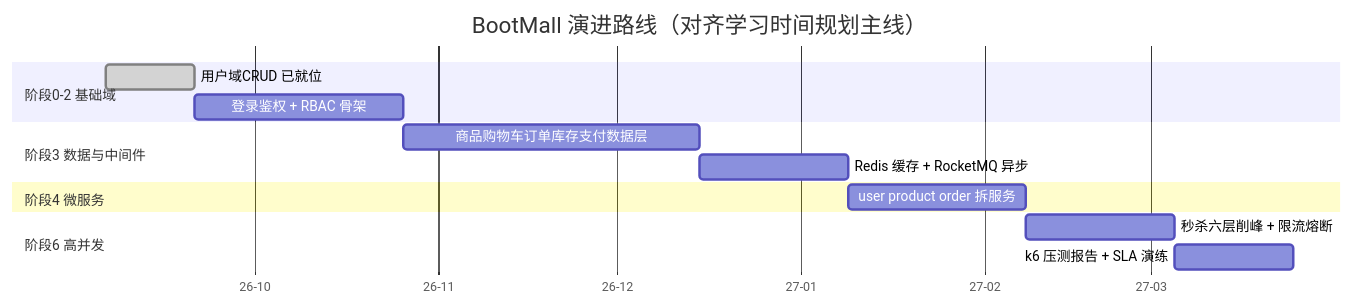
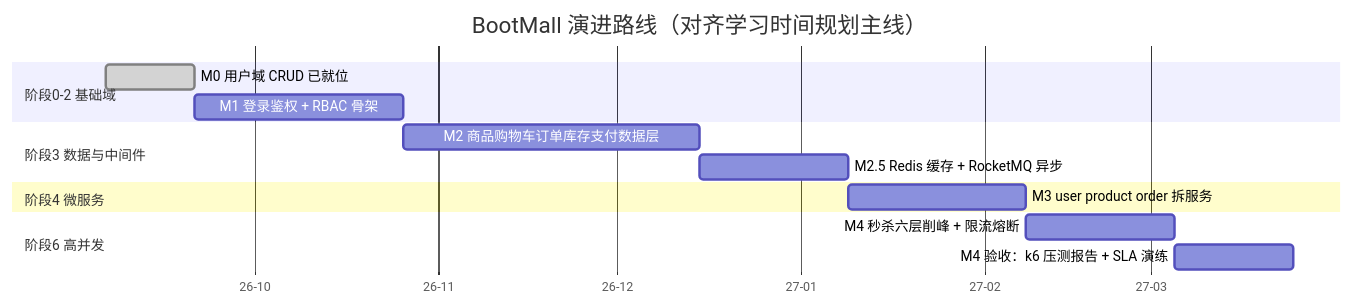
The fourth of 4 diagrams in docs/10-实战产品蓝图.md (umlink/java-full-stack), drawn with Mermaid before and after one commit. The commit also changed other lines of this file, not shown here.

Commit message:
docs: 完善 BootMall 实战蓝图计划

````diff
--- a/docs/10-实战产品蓝图.md
+++ b/docs/10-实战产品蓝图.md
@@ -297,21 +337,21 @@
 ```mermaid
 gantt
     title BootMall 演进路线（对齐学习时间规划主线）
     dateFormat YYYY-MM-DD
     axisFormat %y-%m
 
     section 阶段0-2 基础域
-    用户域CRUD 已就位 :done, m0, 2026-09-06, 15d
-    登录鉴权 + RBAC 骨架 :m1, after m0, 35d
+    M0 用户域 CRUD 已就位 :done, m0, 2026-09-06, 15d
+    M1 登录鉴权 + RBAC 骨架 :m1, after m0, 35d
 
     section 阶段3 数据与中间件
-    商品购物车订单库存支付数据层 :m2, after m1, 50d
-    Redis 缓存 + RocketMQ 异步 :m3, after m2, 25d
+    M2 商品购物车订单库存支付数据层 :m2, after m1, 50d
+    M2.5 Redis 缓存 + RocketMQ 异步 :m25, after m2, 25d
 
     section 阶段4 微服务
-    user product order 拆服务 :m4, after m3, 30d
+    M3 user product order 拆服务 :m3, after m25, 30d
 
     section 阶段6 高并发
-    秒杀六层削峰 + 限流熔断 :m5, after m4, 25d
-    k6 压测报告 + SLA 演练 :m6, after m5, 20d
+    M4 秒杀六层削峰 + 限流熔断 :m4, after m3, 25d
+    M4 验收：k6 压测报告 + SLA 演练 :m4proof, after m4, 20d
 ```
````
